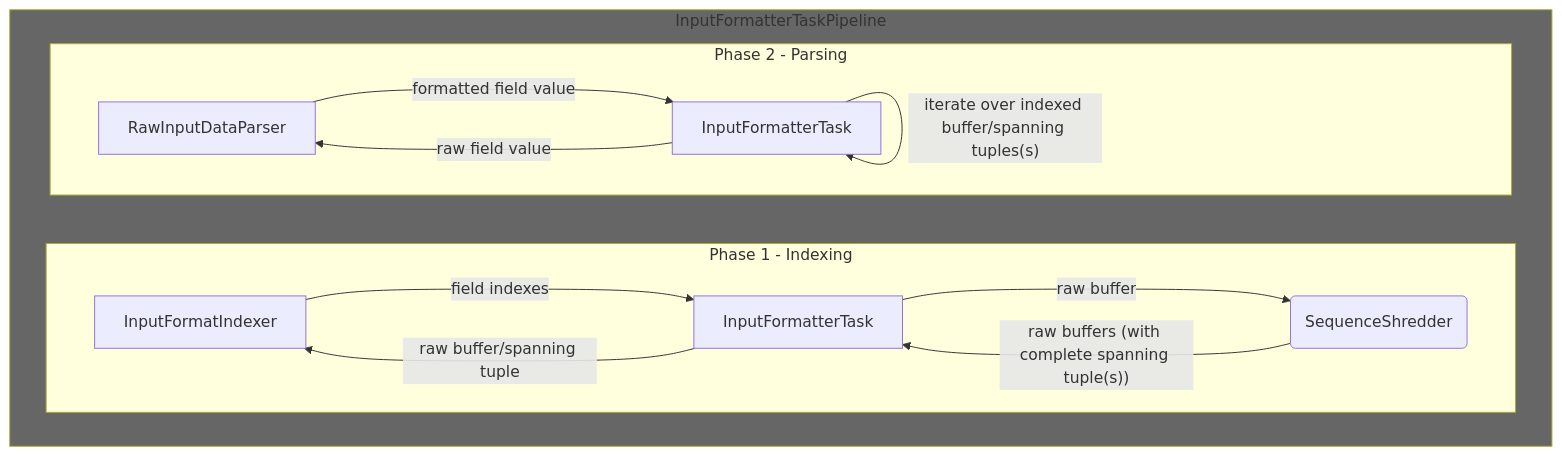
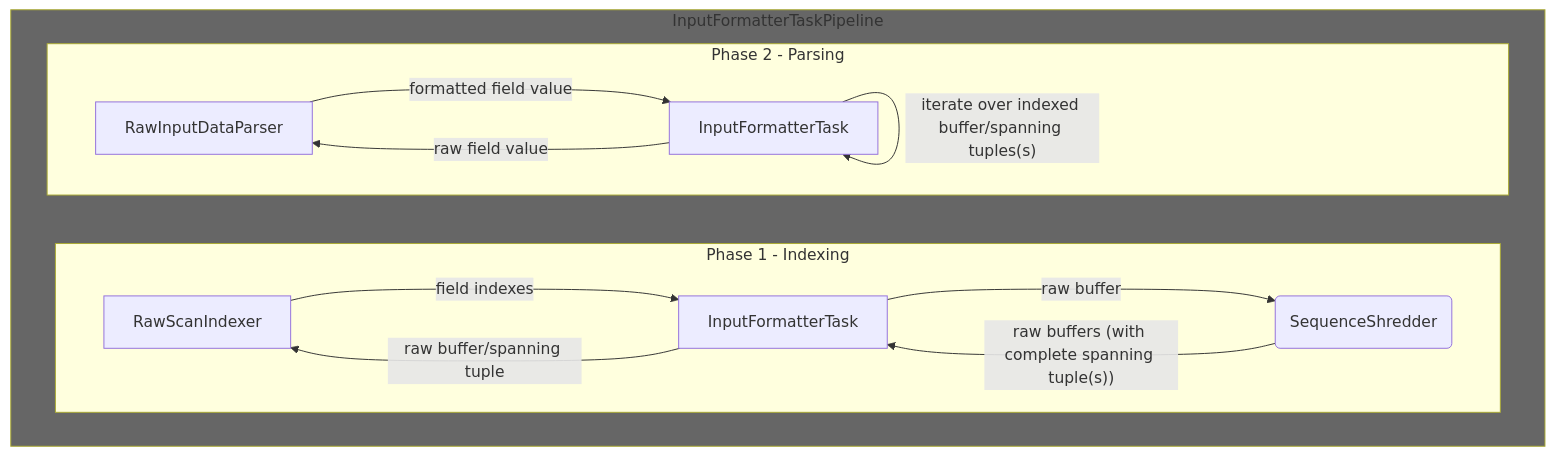
Before and after one commit to nebulastream/nebulastream: the second of 3 diagrams in nes-scan/README.md, drawn with Mermaid. The commit also changed other lines of this file and 78 other files, not shown here.

First line of the commit message:
fix(nes-scan): enables extending raw-scan via library

````diff
--- a/nes-scan/README.md
+++ b/nes-scan/README.md
@@ -137,21 +137,21 @@
 ```mermaid
 flowchart TB
     subgraph InputFormatterTaskPipeline
         subgraph Phase 1 - Indexing
             direction LR
-            B[InputFormatIndexer] --->|field indexes| A(InputFormatterTask)
-            A[InputFormatterTask] --->|raw buffer/spanning tuple| B(InputFormatIndexer)
+            B[RawScanIndexer] --->|field indexes| A(InputFormatterTask)
+            A[InputFormatterTask] --->|raw buffer/spanning tuple| B(RawScanIndexer)
             C[InputFormatterTask] --->|" raw buffers (with complete spanning tuple(s)) "| A(SequenceShredder)
             A[InputFormatterTask] --->|raw buffer| C(SequenceShredder)
-            B[InputFormatIndexer]
+            B[RawScanIndexer]
         end
         subgraph "Phase 2 - Parsing"
             direction LR
             N[InputFormatterTask] --->|formatted field value| M(RawInputDataParser)
             M[InputFormatterTask] --->|raw field value| N(RawInputDataParser)
             M --->|" iterate over indexed buffer/spanning tuples(s) "| M
             N[RawInputDataParser]
         end
         style InputFormatterTaskPipeline fill: #666666
     end
 ```
````
